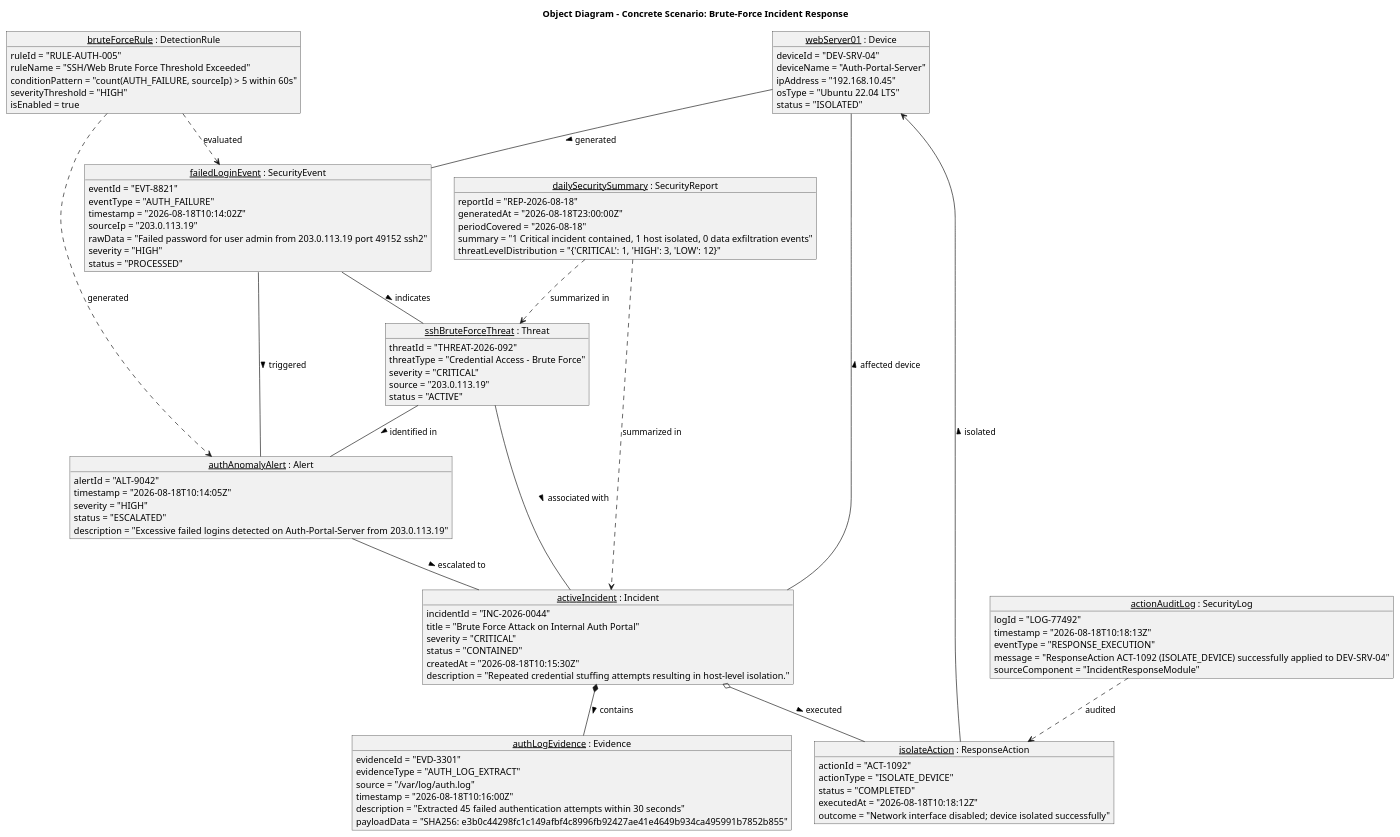
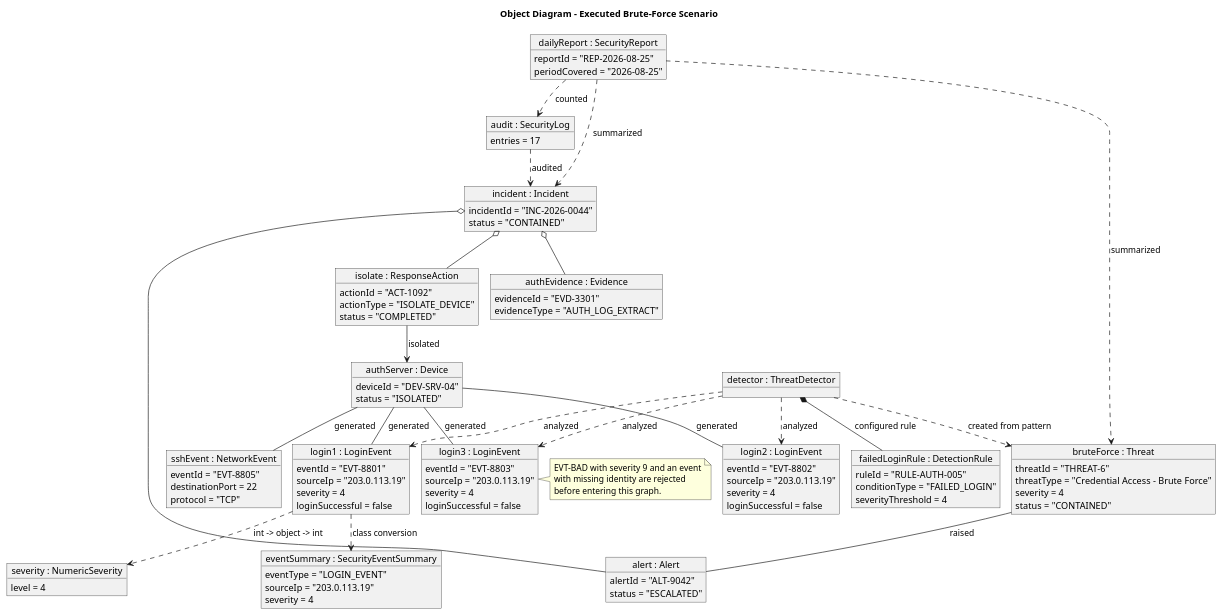
Before and after one commit to jaitak2121-spec/CybersecurityThreatdetector: the diagram in object-diagram.puml, drawn with PlantUML. The commit also changed 25 other files, not shown here.

```diff
--- a/object-diagram.puml
+++ b/object-diagram.puml
@@ -1,112 +1,104 @@
 @startuml object-diagram
-skinparam style strictuml
-hide empty members
+!pragma layout smetana
+skinparam objectAttributeIconSize 0
+title Object Diagram - Executed Brute-Force Scenario
 
-title Object Diagram - Concrete Scenario: Brute-Force Incident Response
-
-object "webServer01 : Device" as dev1 {
+object "authServer : Device" as device {
   deviceId = "DEV-SRV-04"
-  deviceName = "Auth-Portal-Server"
-  ipAddress = "192.168.10.45"
-  osType = "Ubuntu 22.04 LTS"
   status = "ISOLATED"
 }
-
-object "failedLoginEvent : SecurityEvent" as ev1 {
-  eventId = "EVT-8821"
-  eventType = "AUTH_FAILURE"
-  timestamp = "2026-08-18T10:14:02Z"
+object "login1 : LoginEvent" as login1 {
+  eventId = "EVT-8801"
   sourceIp = "203.0.113.19"
-  rawData = "Failed password for user admin from 203.0.113.19 port 49152 ssh2"
-  severity = "HIGH"
-  status = "PROCESSED"
+  severity = 4
+  loginSuccessful = false
 }
-
-object "bruteForceRule : DetectionRule" as rule1 {
+object "login2 : LoginEvent" as login2 {
+  eventId = "EVT-8802"
+  sourceIp = "203.0.113.19"
+  severity = 4
+  loginSuccessful = false
+}
+object "login3 : LoginEvent" as login3 {
+  eventId = "EVT-8803"
+  sourceIp = "203.0.113.19"
+  severity = 4
+  loginSuccessful = false
+}
+object "sshEvent : NetworkEvent" as network {
+  eventId = "EVT-8805"
+  destinationPort = 22
+  protocol = "TCP"
+}
+object "failedLoginRule : DetectionRule" as rule {
   ruleId = "RULE-AUTH-005"
-  ruleName = "SSH/Web Brute Force Threshold Exceeded"
-  conditionPattern = "count(AUTH_FAILURE, sourceIp) > 5 within 60s"
-  severityThreshold = "HIGH"
-  isEnabled = true
+  conditionType = "FAILED_LOGIN"
+  severityThreshold = 4
 }
-
-object "sshBruteForceThreat : Threat" as threat1 {
-  threatId = "THREAT-2026-092"
+object "detector : ThreatDetector" as detector
+object "bruteForce : Threat" as threat {
+  threatId = "THREAT-6"
   threatType = "Credential Access - Brute Force"
-  severity = "CRITICAL"
-  source = "203.0.113.19"
-  status = "ACTIVE"
+  severity = 4
+  status = "CONTAINED"
 }
-
-object "authAnomalyAlert : Alert" as alert1 {
+object "alert : Alert" as alert {
   alertId = "ALT-9042"
-  timestamp = "2026-08-18T10:14:05Z"
-  severity = "HIGH"
   status = "ESCALATED"
-  description = "Excessive failed logins detected on Auth-Portal-Server from 203.0.113.19"
 }
-
-object "activeIncident : Incident" as inc1 {
+object "incident : Incident" as incident {
   incidentId = "INC-2026-0044"
-  title = "Brute Force Attack on Internal Auth Portal"
-  severity = "CRITICAL"
   status = "CONTAINED"
-  createdAt = "2026-08-18T10:15:30Z"
-  description = "Repeated credential stuffing attempts resulting in host-level isolation."
 }
-
-object "authLogEvidence : Evidence" as evd1 {
+object "authEvidence : Evidence" as evidence {
   evidenceId = "EVD-3301"
   evidenceType = "AUTH_LOG_EXTRACT"
-  source = "/var/log/auth.log"
-  timestamp = "2026-08-18T10:16:00Z"
-  description = "Extracted 45 failed authentication attempts within 30 seconds"
-  payloadData = "SHA256: e3b0c44298fc1c149afbf4c8996fb92427ae41e4649b934ca495991b7852b855"
 }
-
-object "isolateAction : ResponseAction" as act1 {
+object "isolate : ResponseAction" as action {
   actionId = "ACT-1092"
   actionType = "ISOLATE_DEVICE"
   status = "COMPLETED"
-  executedAt = "2026-08-18T10:18:12Z"
-  outcome = "Network interface disabled; device isolated successfully"
+}
+object "severity : NumericSeverity" as severity {
+  level = 4
+}
+object "eventSummary : SecurityEventSummary" as summary {
+  eventType = "LOGIN_EVENT"
+  sourceIp = "203.0.113.19"
+  severity = 4
+}
+object "audit : SecurityLog" as log {
+  entries = 17
+}
+object "dailyReport : SecurityReport" as report {
+  reportId = "REP-2026-08-25"
+  periodCovered = "2026-08-25"
 }
 
-object "actionAuditLog : SecurityLog" as log1 {
-  logId = "LOG-77492"
-  timestamp = "2026-08-18T10:18:13Z"
-  eventType = "RESPONSE_EXECUTION"
-  message = "ResponseAction ACT-1092 (ISOLATE_DEVICE) successfully applied to DEV-SRV-04"
-  sourceComponent = "IncidentResponseModule"
-}
+device -- login1 : generated
+device -- login2 : generated
+device -- login3 : generated
+device -- network : generated
+detector *-- rule : configured rule
+detector ..> login1 : analyzed
+detector ..> login2 : analyzed
+detector ..> login3 : analyzed
+detector ..> threat : created from pattern
+threat -- alert : raised
+incident o-- alert
+incident o-- evidence
+incident o-- action
+action --> device : isolated
+login1 ..> severity : int -> object -> int
+login1 ..> summary : class conversion
+log ..> incident : audited
+report ..> threat : summarized
+report ..> incident : summarized
+report ..> log : counted
 
-object "dailySecuritySummary : SecurityReport" as rep1 {
-  reportId = "REP-2026-08-18"
-  generatedAt = "2026-08-18T23:00:00Z"
-  periodCovered = "2026-08-18"
-  summary = "1 Critical incident contained, 1 host isolated, 0 data exfiltration events"
-  threatLevelDistribution = "{'CRITICAL': 1, 'HIGH': 3, 'LOW': 12}"
-}
-
-' --- Links with roles/labels ---
-
-dev1 -- ev1 : generated >
-rule1 ..> ev1 : evaluated
-rule1 ..> alert1 : generated
-ev1 -- threat1 : indicates >
-ev1 -- alert1 : triggered >
-threat1 -- alert1 : identified in >
-
-alert1 -- inc1 : escalated to >
-threat1 -- inc1 : associated with >
-inc1 -- dev1 : affected device >
-
-inc1 *-- evd1 : contains >
-inc1 o-- act1 : executed >
-act1 --> dev1 : isolated >
-
-log1 ..> act1 : audited
-rep1 ..> inc1 : summarized in
-rep1 ..> threat1 : summarized in
-
+note right of login3
+  EVT-BAD with severity 9 and an event
+  with missing identity are rejected
+  before entering this graph.
+end note
 @enduml
```
